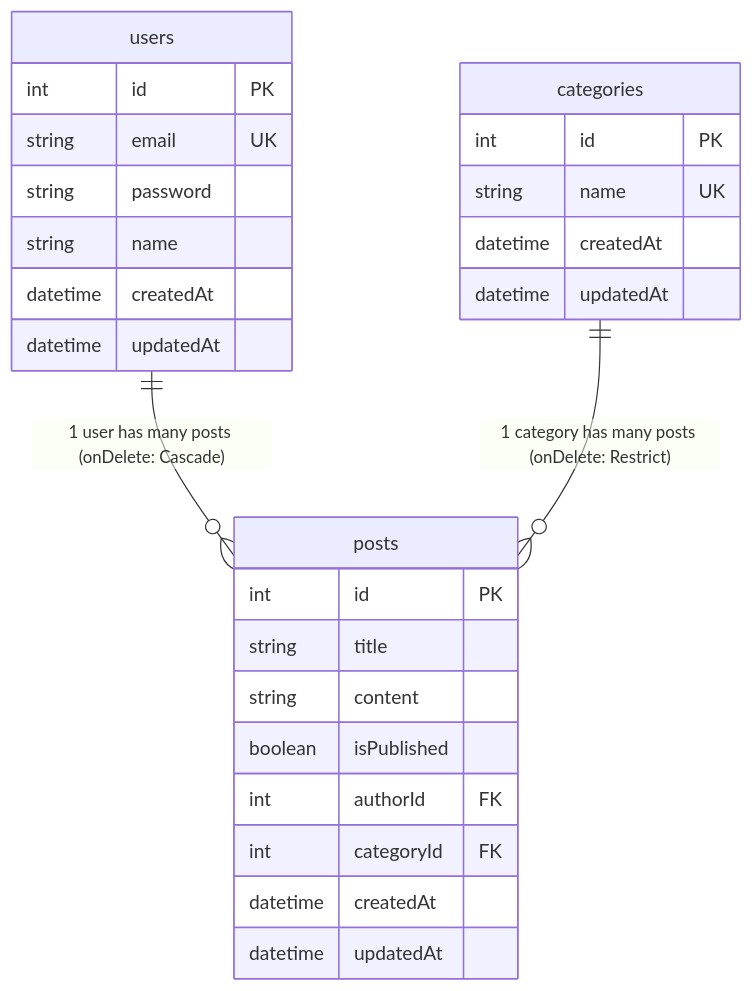
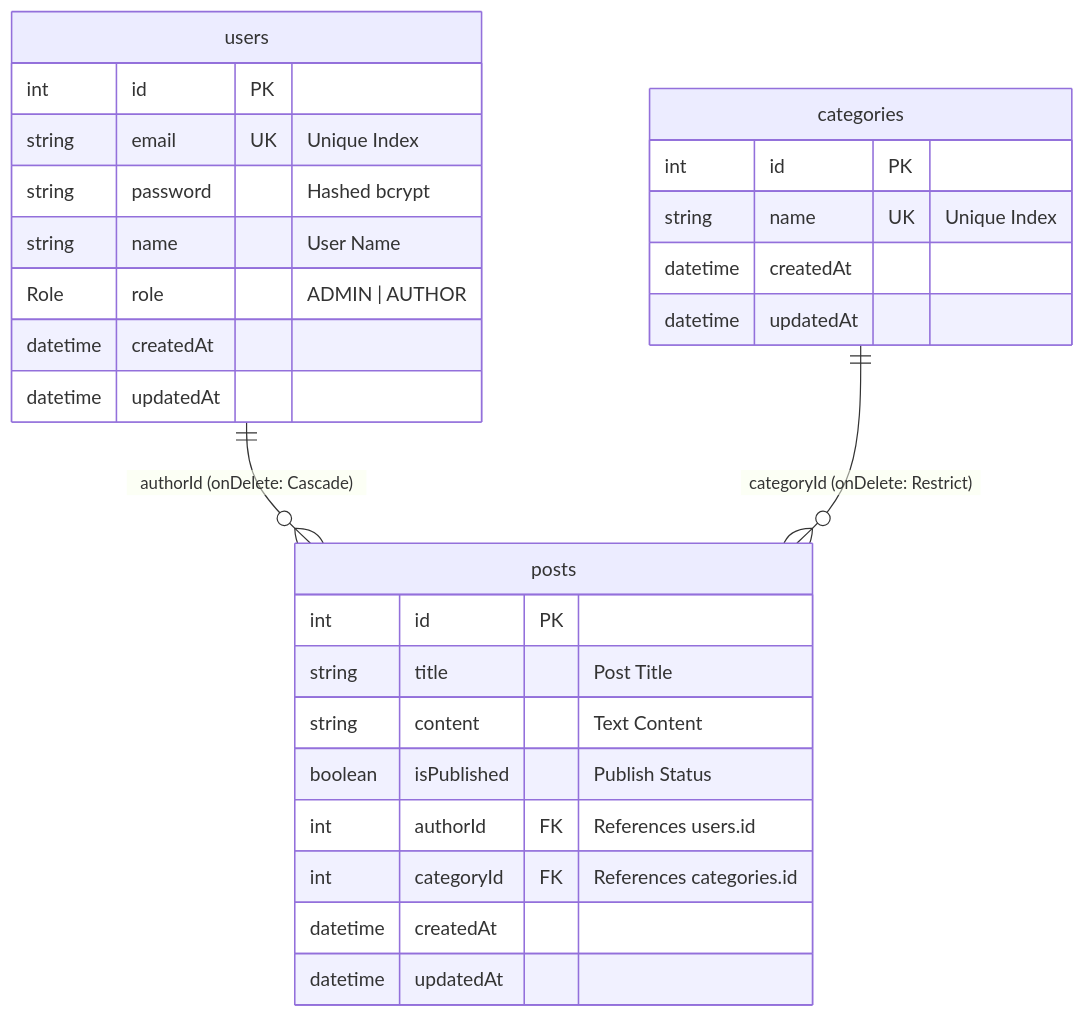
The third of 3 diagrams in README.md (AranGit/nestjs-prisma-blog-api), drawn with Mermaid before and after one commit. The commit also changed other lines of this file and 2 other files, not shown here.

Commit message:
docs: transform all documentation into zero-emoji infographic style with enhanced diagrams and matrices

````diff
--- a/README.md
+++ b/README.md
@@ -68,32 +109,33 @@
 ```mermaid
 erDiagram
-    users ||--o{ posts : "1 user has many posts (onDelete: Cascade)"
-    categories ||--o{ posts : "1 category has many posts (onDelete: Restrict)"
+    users ||--o{ posts : "authorId (onDelete: Cascade)"
+    categories ||--o{ posts : "categoryId (onDelete: Restrict)"
 
     users {
         int id PK
-        string email UK
-        string password
-        string name
+        string email UK "Unique Index"
+        string password "Hashed bcrypt"
+        string name "User Name"
+        Role role "ADMIN | AUTHOR"
         datetime createdAt
         datetime updatedAt
     }
 
     categories {
         int id PK
-        string name UK
+        string name UK "Unique Index"
         datetime createdAt
         datetime updatedAt
     }
 
     posts {
         int id PK
-        string title
-        string content
-        boolean isPublished
-        int authorId FK
-        int categoryId FK
+        string title "Post Title"
+        string content "Text Content"
+        boolean isPublished "Publish Status"
+        int authorId FK "References users.id"
+        int categoryId FK "References categories.id"
         datetime createdAt
         datetime updatedAt
     }
 ```
````
